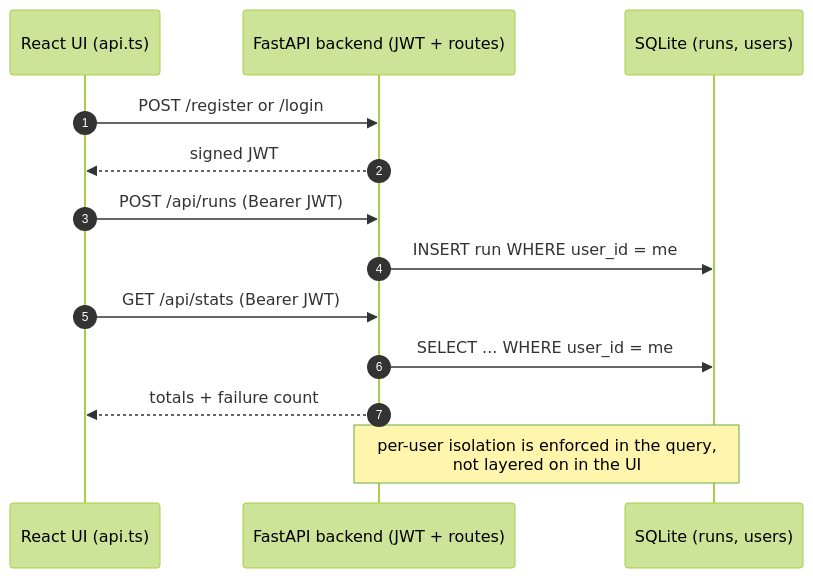
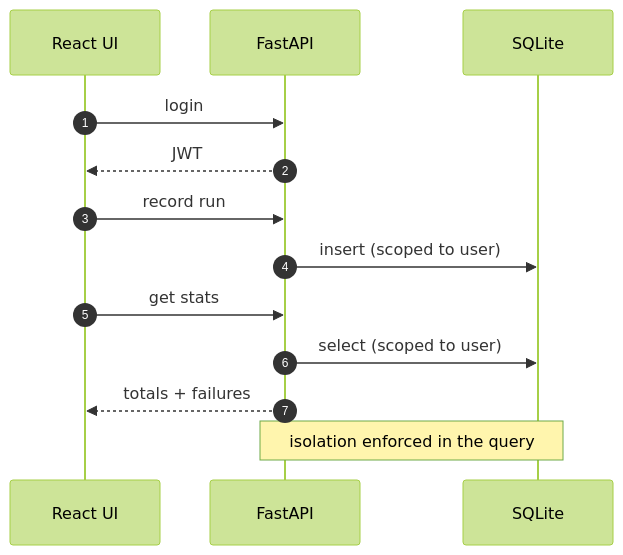
The diagram in README.md (parag-labs/agent-run-dashboard), drawn with Mermaid (forest theme) before and after one commit.

Commit message:
Simplify the README diagram: short labels, softer palette

````diff
--- a/README.md
+++ b/README.md
@@ -84,15 +84,15 @@
 ```mermaid
 sequenceDiagram
   autonumber
-  participant UI as React UI (api.ts)
-  participant API as FastAPI backend (JWT + routes)
-  participant DB as SQLite (runs, users)
-  UI->>API: POST /register or /login
-  API-->>UI: signed JWT
-  UI->>API: POST /api/runs (Bearer JWT)
-  API->>DB: INSERT run WHERE user_id = me
-  UI->>API: GET /api/stats (Bearer JWT)
-  API->>DB: SELECT ... WHERE user_id = me
-  API-->>UI: totals + failure count
-  Note over API,DB: per-user isolation is enforced in the query,<br/>not layered on in the UI
+  participant UI as React UI
+  participant API as FastAPI
+  participant DB as SQLite
+  UI->>API: login
+  API-->>UI: JWT
+  UI->>API: record run
+  API->>DB: insert (scoped to user)
+  UI->>API: get stats
+  API->>DB: select (scoped to user)
+  API-->>UI: totals + failures
+  Note over API,DB: isolation enforced in the query
 ```
````
